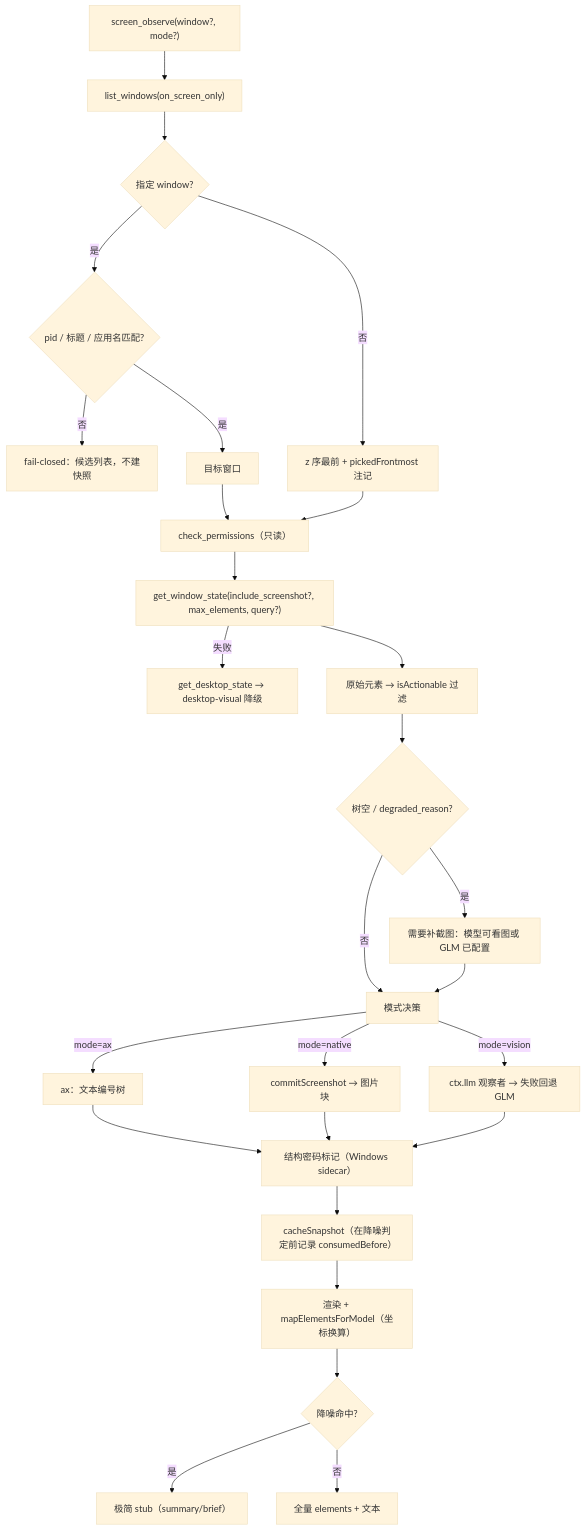
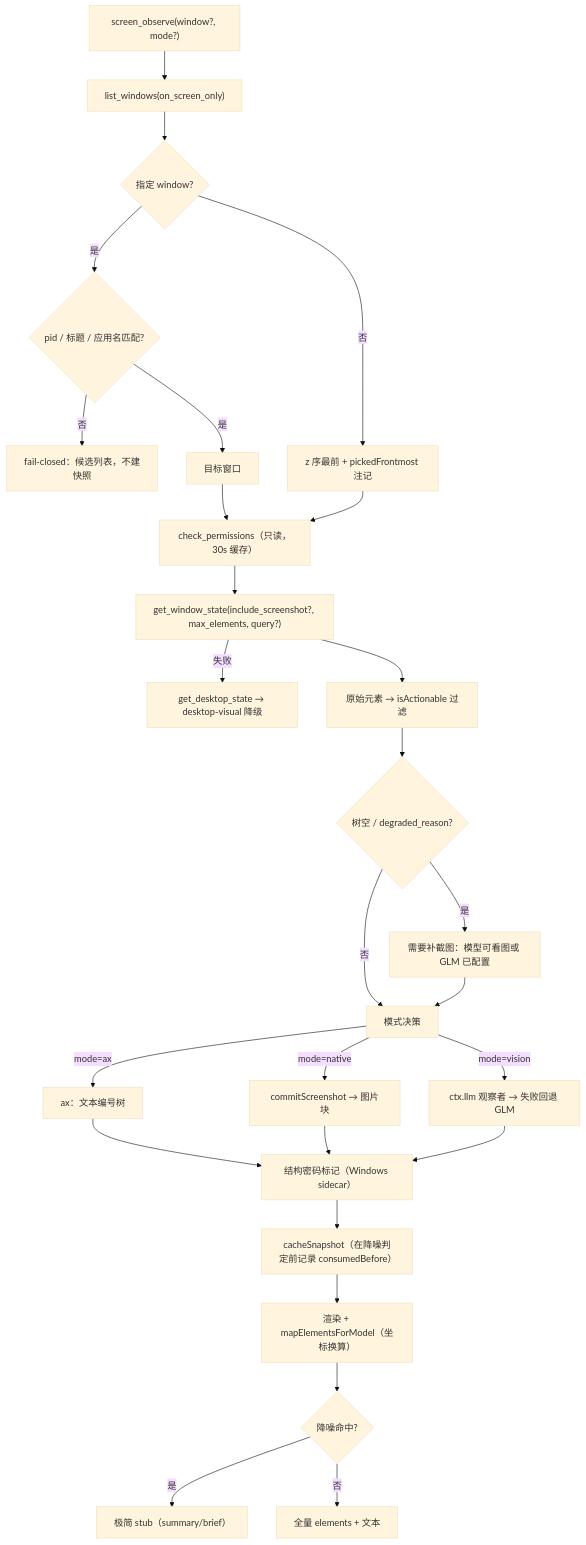
One commit to orangeofcarl0-sys/dsh-win-computer-use changed the third of 4 diagrams in docs/ARCHITECTURE.md. Above: the diagram before and after it, drawn with Mermaid (base theme). The commit also changed other lines of this file and 15 other files, not shown here.

````diff
--- a/docs/ARCHITECTURE.md
+++ b/docs/ARCHITECTURE.md
@@ -224,29 +228,29 @@
 ```mermaid
 flowchart TD
   A["screen_observe(window?, mode?)"] --> B["list_windows(on_screen_only)"]
   B --> C{"指定 window?"}
   C -->|是| D{"pid / 标题 / 应用名匹配?"}
   D -->|否| E["fail-closed：候选列表，不建快照"]
   D -->|是| F["目标窗口"]
   C -->|否| G["z 序最前 + pickedFrontmost 注记"]
-  F --> H["check_permissions（只读）"]
+  F --> H["check_permissions（只读，30s 缓存）"]
   G --> H
   H --> I["get_window_state(include_screenshot?, max_elements, query?)"]
   I -->|失败| J["get_desktop_state → desktop-visual 降级"]
   I --> K["原始元素 → isActionable 过滤"]
   K --> L{"树空 / degraded_reason?"}
   L -->|是| M["需要补截图：模型可看图或 GLM 已配置"]
   L -->|否| N["模式决策"]
   M --> N
   N -->|mode=ax| O["ax：文本编号树"]
   N -->|mode=native| P["commitScreenshot → 图片块"]
   N -->|mode=vision| Q["ctx.llm 观察者 → 失败回退 GLM"]
   O --> R["结构密码标记（Windows sidecar）"]
   P --> R
   Q --> R
   R --> S["cacheSnapshot（在降噪判定前记录 consumedBefore）"]
   S --> T["渲染 + mapElementsForModel（坐标换算）"]
   T --> U{"降噪命中?"}
   U -->|是| V["极简 stub（summary/brief）"]
   U -->|否| W["全量 elements + 文本"]
 ```
````
